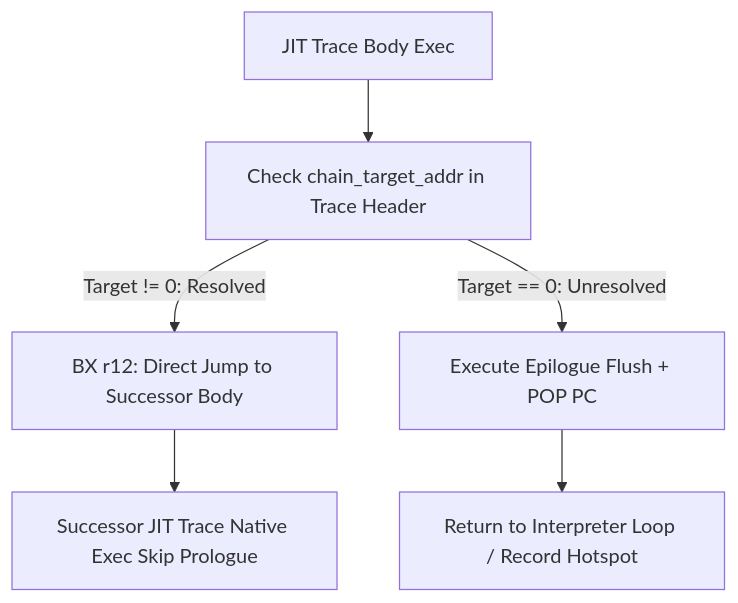
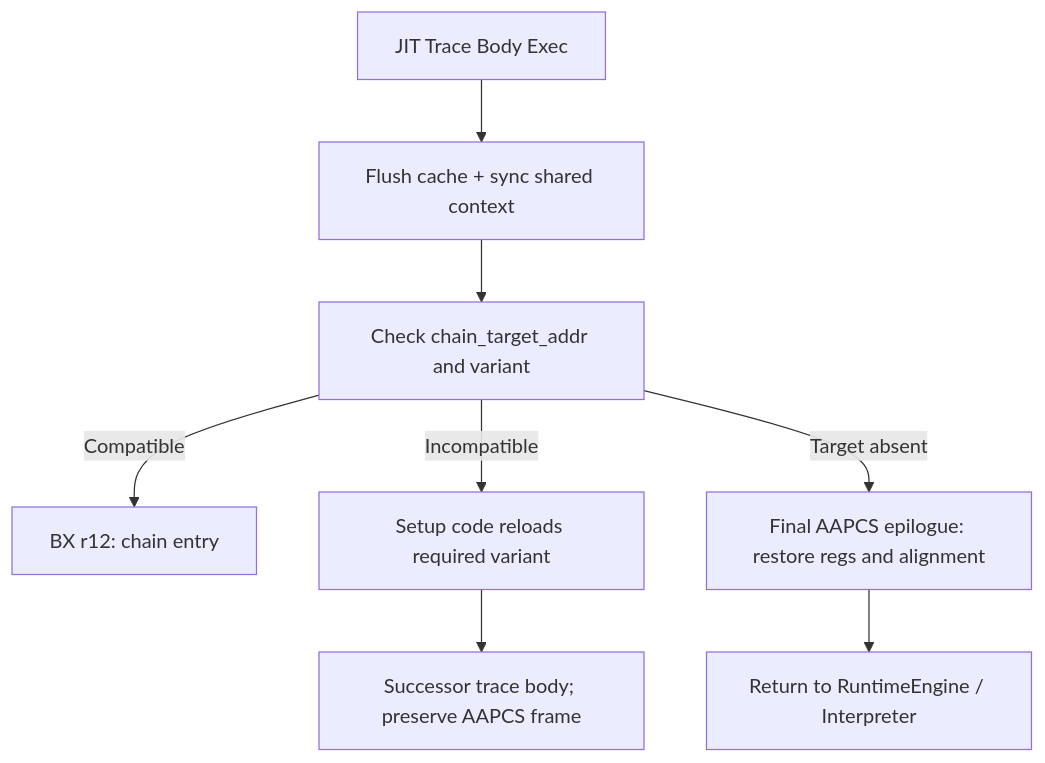
One commit to kmt-t/fireball changed the second of 5 diagrams in docs/components/tier3_jit/jit_compiler.md. Above: the diagram before and after it, drawn with Mermaid. The commit also changed other lines of this file and 208 other files, not shown here.

Commit message:
Refactor project architecture and simplify implementation

````diff
--- a/docs/components/tier3_jit/jit_compiler.md
+++ b/docs/components/tier3_jit/jit_compiler.md
@@ -279,8 +285,10 @@
 ```mermaid
 flowchart TD
-    JITTrace[JIT Trace Body Exec] --> CheckHdr[Check chain_target_addr in Trace Header]
-    CheckHdr -->|Target != 0: Resolved| DirectBranch[BX r12: Direct Jump to Successor Body]
-    DirectBranch --> NextTrace[Successor JIT Trace Native Exec Skip Prologue]
-    CheckHdr -->|Target == 0: Unresolved| FallbackStub[Execute Epilogue Flush + POP PC]
-    FallbackStub --> InterpLoop[Return to Interpreter Loop / Record Hotspot]
+    JITTrace[JIT Trace Body Exec] --> ChainEpilogue[Flush cache + sync shared context]
+    ChainEpilogue --> CheckHdr[Check chain_target_addr and variant]
+    CheckHdr -->|Compatible| DirectBranch[BX r12: chain entry]
+    CheckHdr -->|Incompatible| Setup[Setup code reloads required variant]
+    Setup --> NextTrace[Successor trace body; preserve AAPCS frame]
+    CheckHdr -->|Target absent| ExitEpilogue[Final AAPCS epilogue: restore regs and alignment]
+    ExitEpilogue --> InterpLoop[Return to RuntimeEngine / Interpreter]
 ```
````
